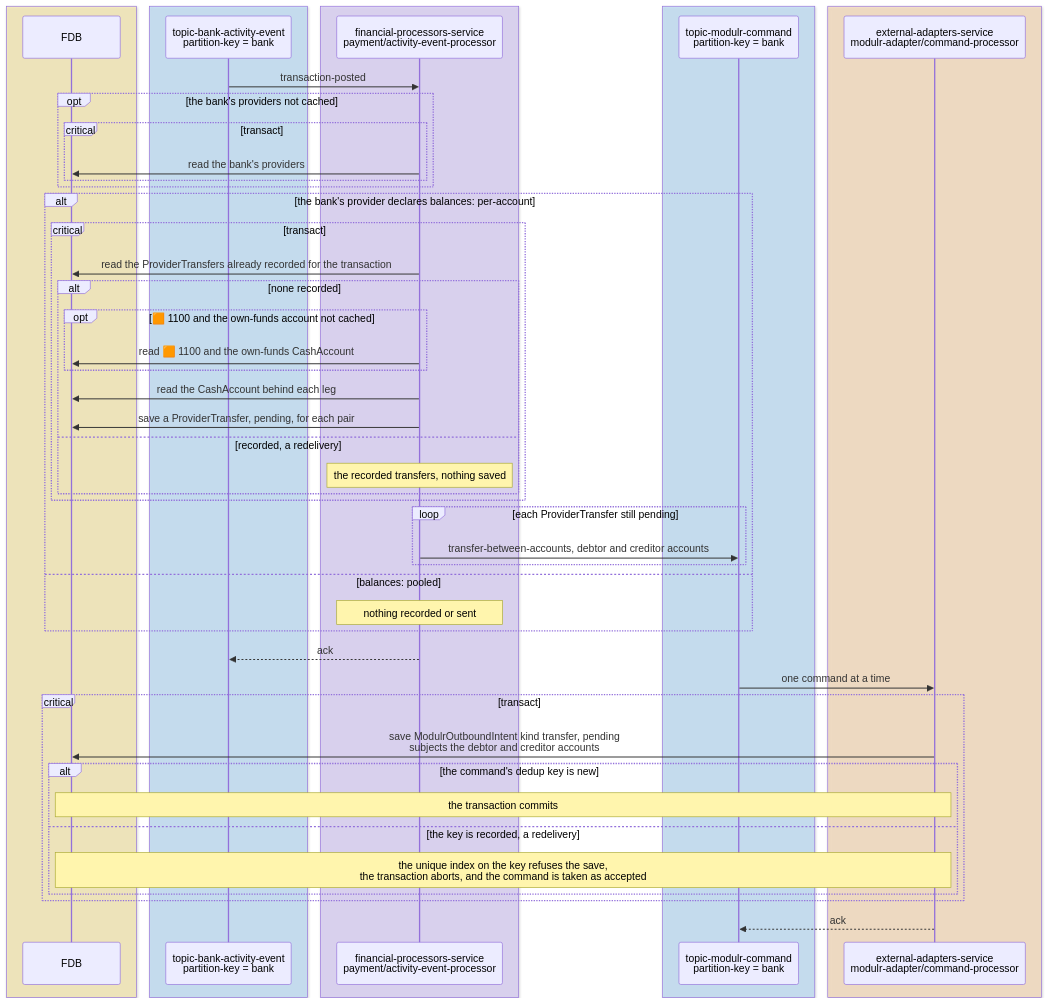
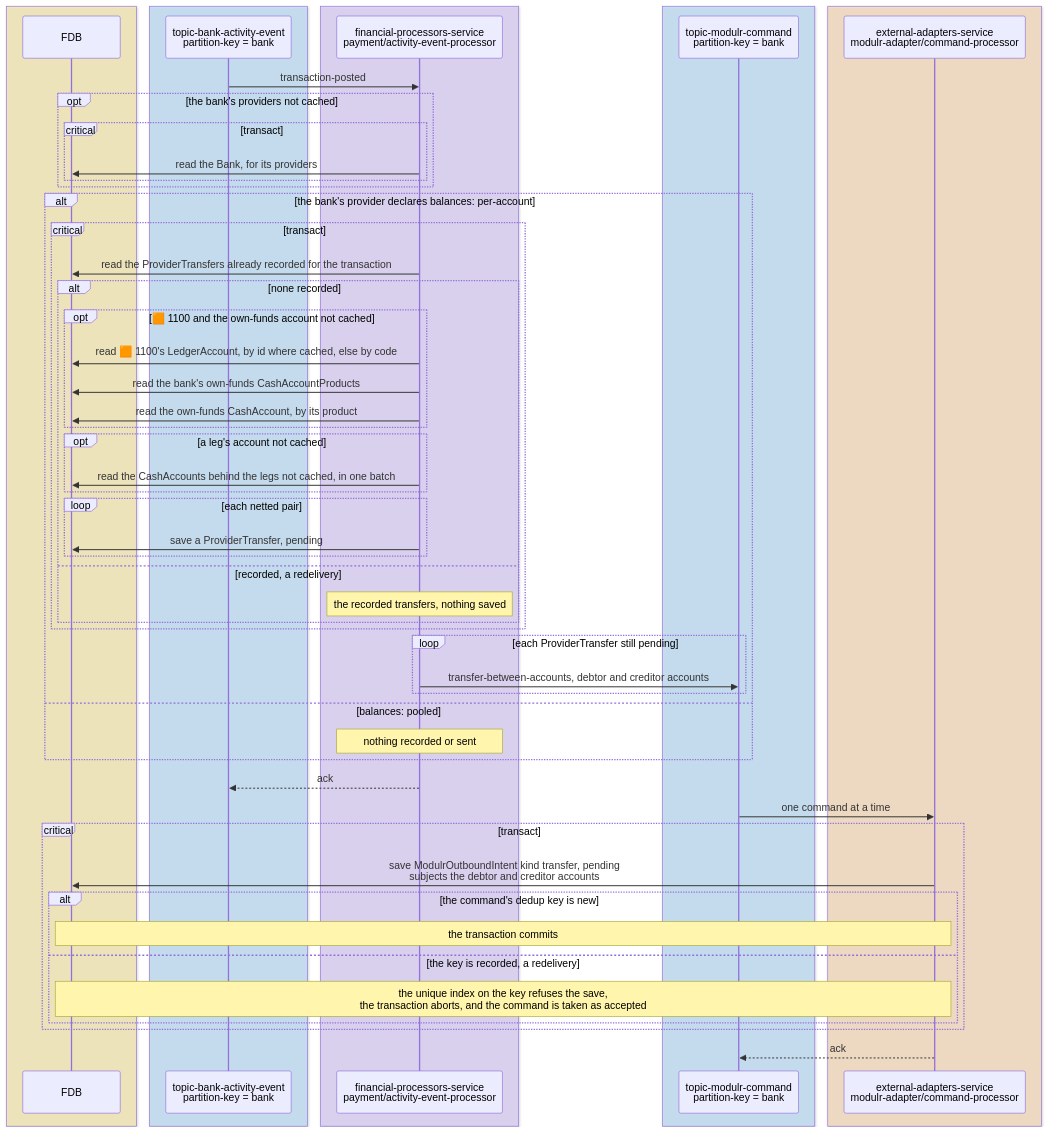
The sixth of 8 diagrams in docs/tdd/payments-internal.md (repldriven/queenswood), drawn with Mermaid before and after one commit. The commit also changed other lines of this file and 29 other files, not shown here.

````diff
--- a/docs/tdd/payments-internal.md
+++ b/docs/tdd/payments-internal.md
@@ -285,54 +310,60 @@
 ```mermaid
 sequenceDiagram
     box rgba(255, 236, 153, 0.5)
     participant DB as FDB
     end
     box rgba(165, 216, 255, 0.45)
     participant AE as topic-bank-activity-event<br/>partition-key = bank
     end
     box rgba(208, 191, 255, 0.45)
     participant AP as financial-processors-service<br/>payment/activity-event-processor
     end
     box rgba(165, 216, 255, 0.45)
     participant MC as topic-modulr-command<br/>partition-key = bank
     end
     box rgba(255, 216, 168, 0.5)
     participant AD as external-adapters-service<br/>modulr-adapter/command-processor
     end
     AE->>AP: transaction-posted
     opt the bank's providers not cached
     critical transact
-    AP->>DB: read the bank's providers
+    AP->>DB: read the Bank, for its providers
     end
     end
     alt the bank's provider declares balances: per-account
     critical transact
     AP->>DB: read the ProviderTransfers already recorded for the transaction
     alt none recorded
     opt 🟧 1100 and the own-funds account not cached
-    AP->>DB: read 🟧 1100 and the own-funds CashAccount
+    AP->>DB: read 🟧 1100's LedgerAccount, by id where cached, else by code
+    AP->>DB: read the bank's own-funds CashAccountProducts
+    AP->>DB: read the own-funds CashAccount, by its product
     end
-    AP->>DB: read the CashAccount behind each leg
-    AP->>DB: save a ProviderTransfer, pending, for each pair
+    opt a leg's account not cached
+    AP->>DB: read the CashAccounts behind the legs not cached, in one batch
+    end
+    loop each netted pair
+    AP->>DB: save a ProviderTransfer, pending
+    end
     else recorded, a redelivery
     Note over AP: the recorded transfers, nothing saved
     end
     end
     loop each ProviderTransfer still pending
     AP->>MC: transfer-between-accounts, debtor and creditor accounts
     end
     else balances: pooled
     Note over AP: nothing recorded or sent
     end
     AP-->>AE: ack
     MC->>AD: one command at a time
     critical transact
     AD->>DB: save ModulrOutboundIntent kind transfer, pending<br/>subjects the debtor and creditor accounts
     alt the command's dedup key is new
     Note over AD,DB: the transaction commits
     else the key is recorded, a redelivery
     Note over AD,DB: the unique index on the key refuses the save,<br/>the transaction aborts, and the command is taken as accepted
     end
     end
     AD-->>MC: ack
 ```
````
